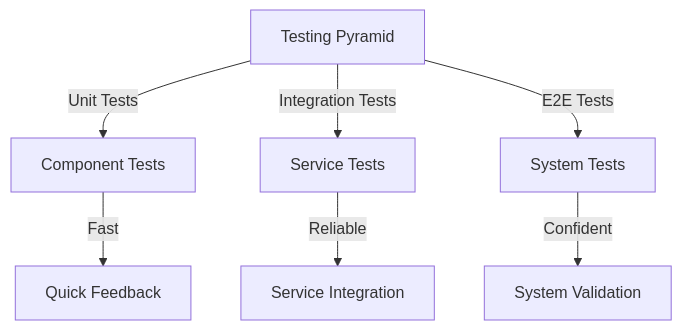
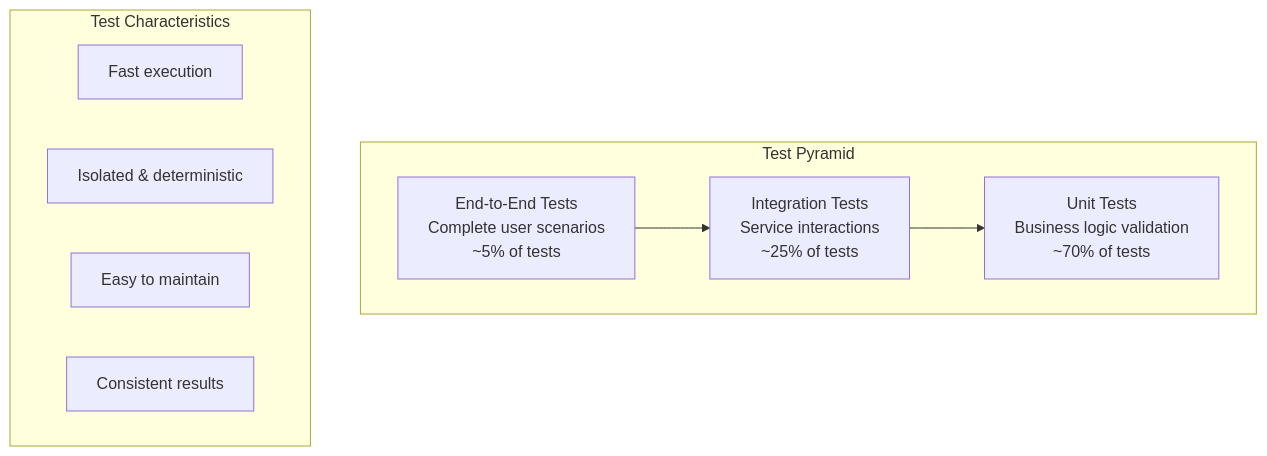
Before and after one commit to flamingo-stack/openframe-oss-tenant: the diagram in docs/development/testing/overview.md, drawn with Mermaid. The commit also changed other lines of this file and 9 other files, not shown here.

````diff
--- a/docs/development/testing/overview.md
+++ b/docs/development/testing/overview.md
@@ -7,9 +14,18 @@
 ```mermaid
-graph TD
-    A[Testing Pyramid] -->|Unit Tests| B[Component Tests]
-    A -->|Integration Tests| C[Service Tests]
-    A -->|E2E Tests| D[System Tests]
-    B -->|Fast| E[Quick Feedback]
-    C -->|Reliable| F[Service Integration]
-    D -->|Confident| G[System Validation]
+graph TB
+    subgraph "Test Pyramid"
+        E2E[End-to-End Tests<br/>Complete user scenarios<br/>~5% of tests]
+        Integration[Integration Tests<br/>Service interactions<br/>~25% of tests]
+        Unit[Unit Tests<br/>Business logic validation<br/>~70% of tests]
+    end
+    
+    E2E --> Integration
+    Integration --> Unit
+    
+    subgraph "Test Characteristics"
+        Fast[Fast execution]
+        Isolated[Isolated & deterministic]
+        Maintainable[Easy to maintain]
+        Reliable[Consistent results]
+    end
 ```
````
